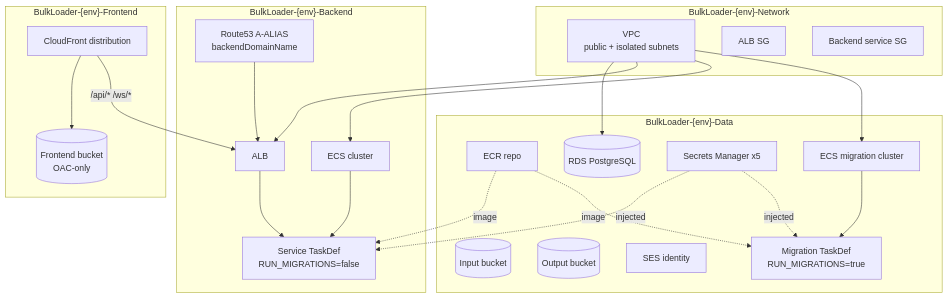
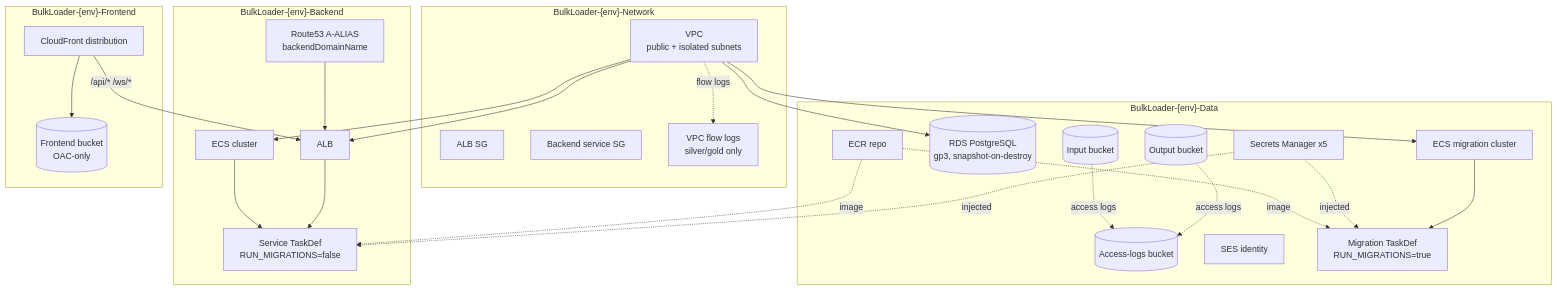
Before and after one commit to eelywasa/sf-bulk-loader: the second of 4 diagrams in docs/architecture/aws-topology.md, drawn with Mermaid. The commit also changed 1 other file, not shown here.

Commit message:
SFBL-299: refresh AWS topology diagrams for the mop-up epic
Update the hand-drawn stack-ownership Mermaid view and regenerate the
cdk-dia PNG to reflect the epic's changes: MigrationTaskDef + dedicated
migration cluster relocated into the Data stack (SFBL-298), the S3
access-logs bucket and gp3/snapshot RDS labelling (SFBL-355/297), and
tier-gated VPC flow logs (SFBL-355).

````diff
--- a/docs/architecture/aws-topology.md
+++ b/docs/architecture/aws-topology.md
@@ -38,46 +38,51 @@
 ```mermaid
 flowchart TB
   subgraph network["BulkLoader-#123;env#125;-Network"]
     vpc[VPC<br/>public + isolated subnets]
     sgalb[ALB SG]
     sgsvc[Backend service SG]
+    flowlog[VPC flow logs<br/>silver/gold only]
   end
 
   subgraph data["BulkLoader-#123;env#125;-Data"]
     ecr[ECR repo]
-    rds[(RDS PostgreSQL)]
+    rds[(RDS PostgreSQL<br/>gp3, snapshot-on-destroy)]
     s3in[(Input bucket)]
     s3out[(Output bucket)]
+    s3logs[(Access-logs bucket)]
     secrets[Secrets Manager x5]
     sesId[SES identity]
     migcluster[ECS migration cluster]
     migtd[Migration TaskDef<br/>RUN_MIGRATIONS=true]
   end
 
   subgraph backend["BulkLoader-#123;env#125;-Backend"]
     cluster[ECS cluster]
     svctd[Service TaskDef<br/>RUN_MIGRATIONS=false]
     alb[ALB]
     routeApi[Route53 A-ALIAS<br/>backendDomainName]
   end
 
   subgraph frontend["BulkLoader-#123;env#125;-Frontend"]
     s3fe[(Frontend bucket<br/>OAC-only)]
     cfDist[CloudFront distribution]
   end
 
   vpc --> rds
   vpc --> alb
   vpc --> cluster
   vpc --> migcluster
+  vpc -.flow logs.-> flowlog
+  s3in -.access logs.-> s3logs
+  s3out -.access logs.-> s3logs
   ecr -.image.-> svctd
   ecr -.image.-> migtd
   secrets -.injected.-> svctd
   secrets -.injected.-> migtd
   cluster --> svctd
   migcluster --> migtd
   alb --> svctd
   cfDist --> s3fe
   cfDist -->|"/api/* /ws/*"| alb
   routeApi --> alb
 ```
````
